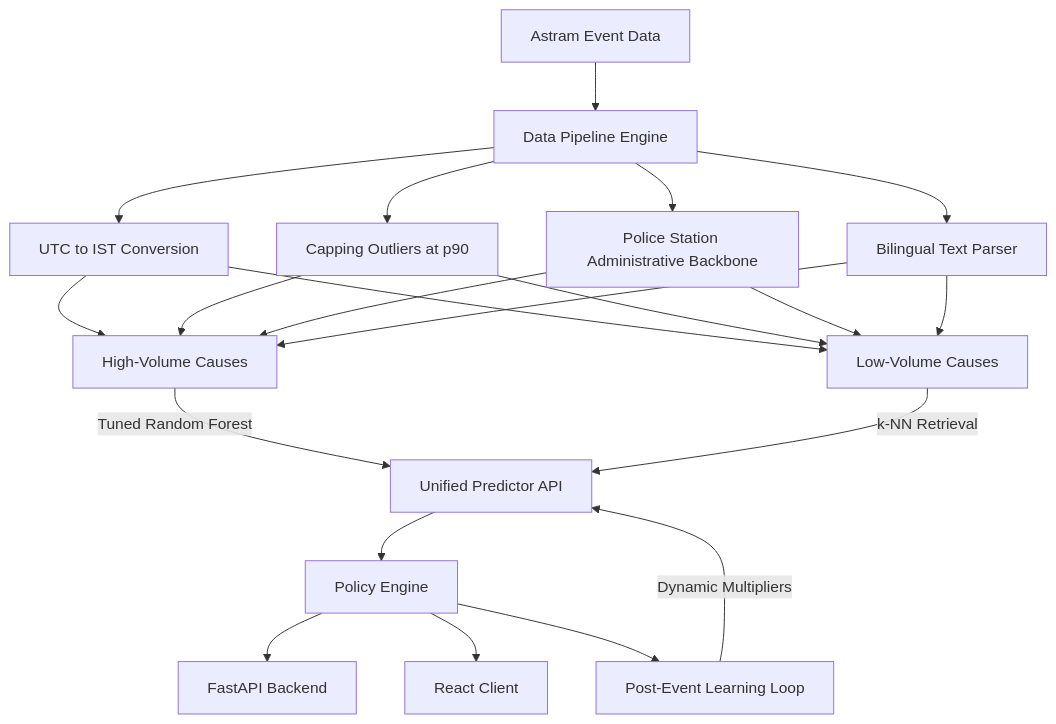
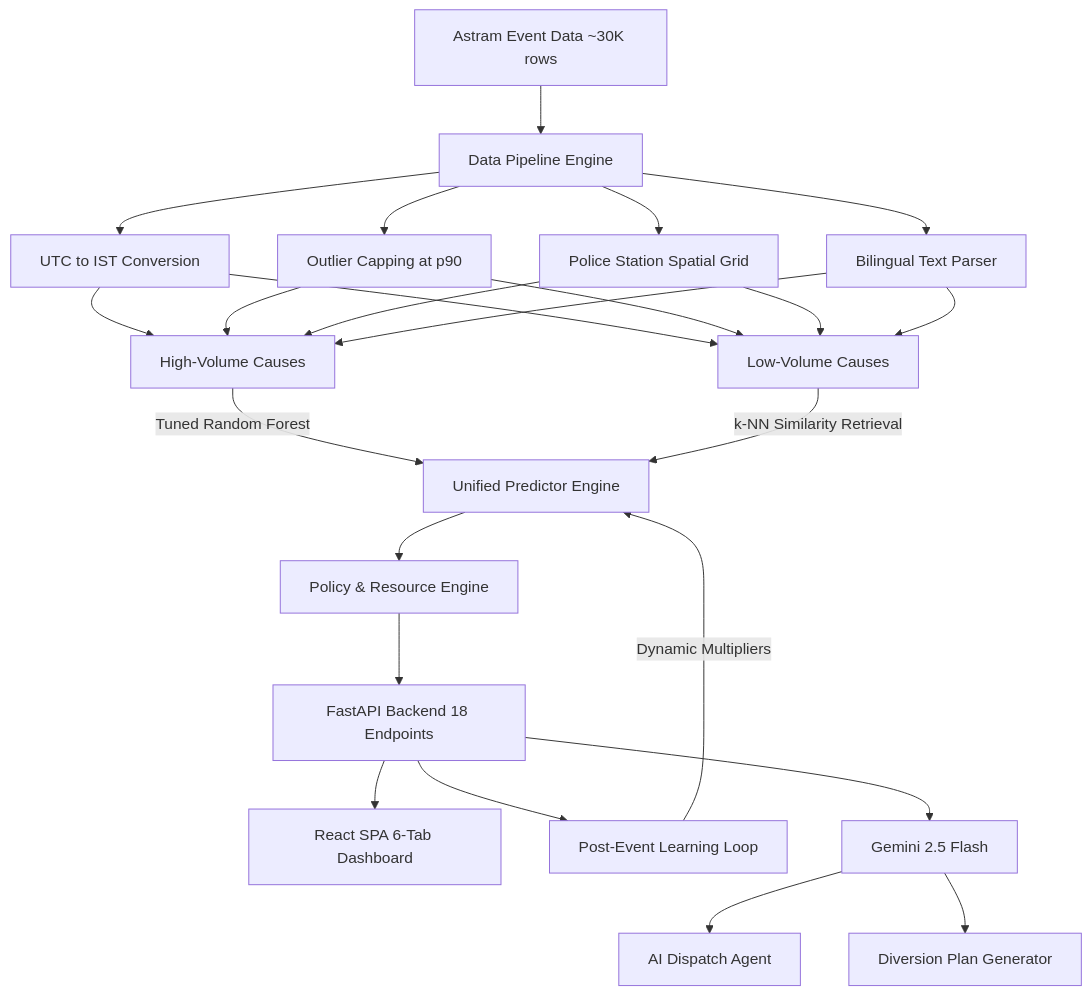
Before and after one commit to Ankit8125/Gridlock_R_square: the diagram in README.md, drawn with Mermaid. The commit also changed other lines of this file, not shown here.

Commit message:
docs: update README with full feature coverage (AI Agent, What-If, Surge Alerts, Cascade Analysis, Resource Balancer, Vercel deployment, complete API reference)

````diff
--- a/README.md
+++ b/README.md
@@ -21,27 +23,31 @@
 ```mermaid
 flowchart TD
-    A[Astram Event Data] --> B[Data Pipeline Engine]
+    A[Astram Event Data ~30K rows] --> B[Data Pipeline Engine]
     B --> B1[UTC to IST Conversion]
-    B --> B2[Capping Outliers at p90]
-    B --> B3[Police Station Administrative Backbone]
+    B --> B2[Outlier Capping at p90]
+    B --> B3[Police Station Spatial Grid]
     B --> B4[Bilingual Text Parser]
-    
+
     B1 --> C[High-Volume Causes]
     B2 --> C
     B3 --> C
     B4 --> C
-    
+
     B1 --> D[Low-Volume Causes]
     B2 --> D
     B3 --> D
     B4 --> D
-    
-    C -- Tuned Random Forest --> E[Unified Predictor API]
-    D -- k-NN Retrieval --> E
-    
-    E --> F[Policy Engine]
-    F --> G[FastAPI Backend]
-    F --> H[React Client]
-    F --> I[Post-Event Learning Loop]
+
+    C -- Tuned Random Forest --> E[Unified Predictor Engine]
+    D -- k-NN Similarity Retrieval --> E
+    E --> F[Policy & Resource Engine]
+
+    F --> G[FastAPI Backend 18 Endpoints]
+    G --> H[React SPA 6-Tab Dashboard]
+    G --> I[Post-Event Learning Loop]
     I -- Dynamic Multipliers --> E
+
+    G --> J[Gemini 2.5 Flash]
+    J --> K[AI Dispatch Agent]
+    J --> L[Diversion Plan Generator]
 ```
````
